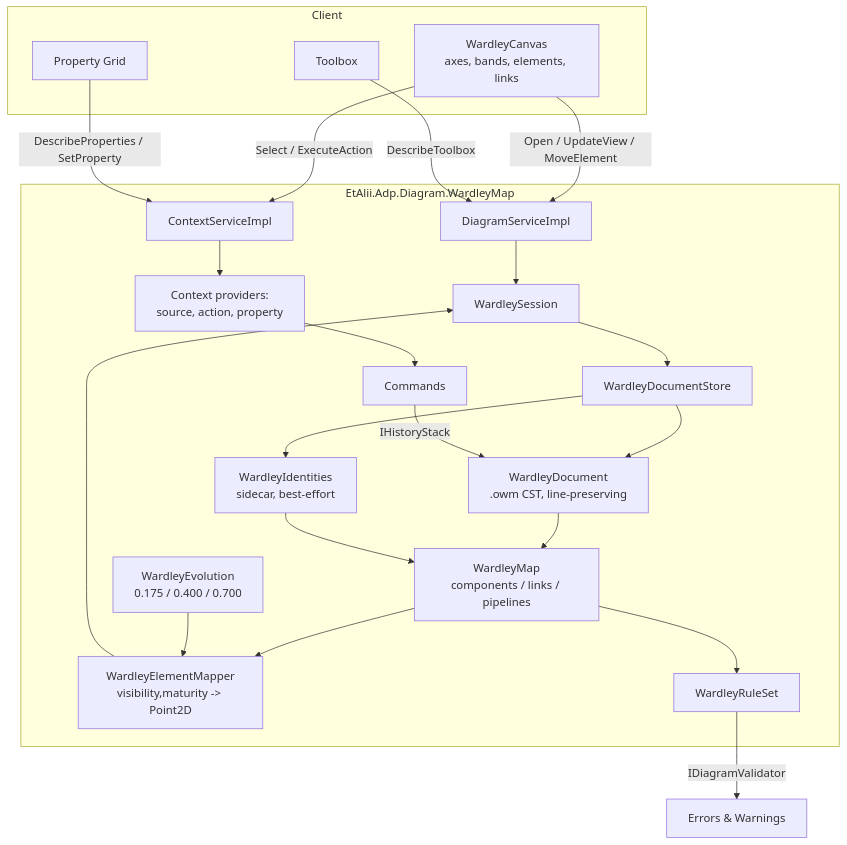
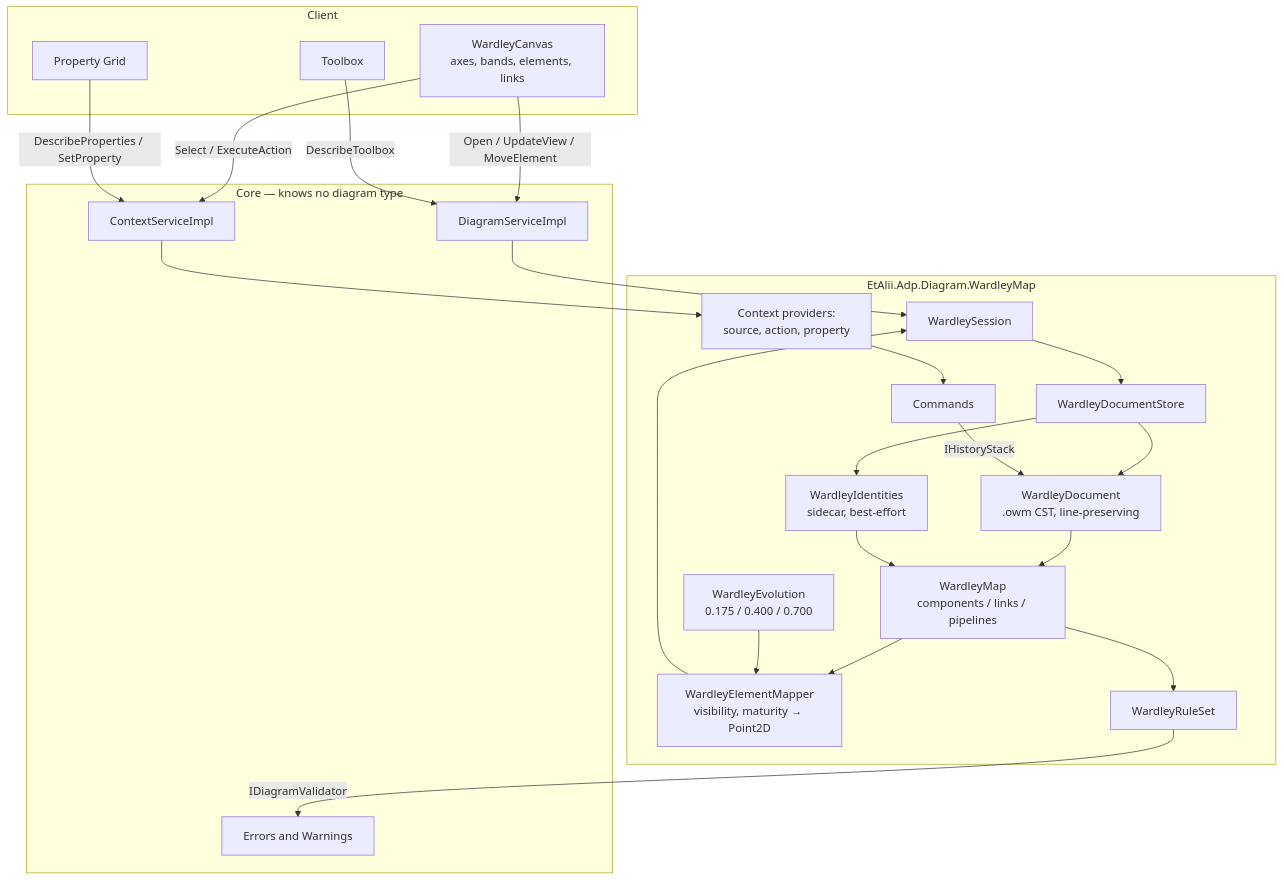
One commit to etalii-adp/etalii.adp.ide.standalone changed the first of 2 diagrams in .spec-workflow/specs/wardley-map/design.md. Above: the diagram before and after it, drawn with Mermaid. The commit also changed other lines of this file, not shown here.

Commit message:
Fixed the wardley-map design mermaid diagrams.
The sequence diagram did not render at all: a semicolon in a Note is a
statement separator, so the note text ended early and the remainder parsed
as a bare statement expecting an arrow.

The architecture diagram rendered, but placed DiagramServiceImpl and
ContextServiceImpl inside the module box - a node referenced within a
subgraph block is absorbed into it, even when first declared outside.
A diagram whose central claim is that core does not depend on the module
should not draw core inside it. Nodes are now declared in their own
subgraph first and edges drawn afterwards.

Both verified with mermaid-cli: both render, and the pre-fix sequence
diagram is confirmed to fail.

````diff
--- a/.spec-workflow/specs/wardley-map/design.md
+++ b/.spec-workflow/specs/wardley-map/design.md
@@ -97,28 +97,47 @@
 ```mermaid
 graph TD
-    subgraph client ["Client"]
+    subgraph client["Client"]
         CANVAS["WardleyCanvas<br/>axes, bands, elements, links"]
         GRID["Property Grid"]
         TOOLBOX["Toolbox"]
     end
-    CANVAS -->|"Open / UpdateView / MoveElement"| SVC["DiagramServiceImpl"]
-    CANVAS -->|"Select / ExecuteAction"| CTX["ContextServiceImpl"]
+
+    subgraph core["Core — knows no diagram type"]
+        SVC["DiagramServiceImpl"]
+        CTX["ContextServiceImpl"]
+        PROBLEMS["Errors and Warnings"]
+    end
+
+    subgraph module["EtAlii.Adp.Diagram.WardleyMap"]
+        SESSION["WardleySession"]
+        STORE["WardleyDocumentStore"]
+        DOC["WardleyDocument<br/>.owm CST, line-preserving"]
+        IDS["WardleyIdentities<br/>sidecar, best-effort"]
+        MODEL["WardleyMap<br/>components / links / pipelines"]
+        EVO["WardleyEvolution<br/>0.175 / 0.400 / 0.700"]
+        MAPPER["WardleyElementMapper<br/>visibility, maturity → Point2D"]
+        RULES["WardleyRuleSet"]
+        PROV["Context providers:<br/>source, action, property"]
+        CMD["Commands"]
+    end
+
+    CANVAS -->|"Open / UpdateView / MoveElement"| SVC
+    CANVAS -->|"Select / ExecuteAction"| CTX
     GRID -->|"DescribeProperties / SetProperty"| CTX
     TOOLBOX -->|"DescribeToolbox"| SVC
-    subgraph module ["EtAlii.Adp.Diagram.WardleyMap"]
-        SVC --> SESSION["WardleySession"]
-        SESSION --> STORE["WardleyDocumentStore"]
-        STORE --> DOC["WardleyDocument<br/>.owm CST, line-preserving"]
-        STORE --> IDS["WardleyIdentities<br/>sidecar, best-effort"]
-        DOC --> MODEL["WardleyMap<br/>components / links / pipelines"]
-        IDS --> MODEL
-        MODEL --> MAPPER["WardleyElementMapper<br/>visibility,maturity -> Point2D"]
-        EVO["WardleyEvolution<br/>0.175 / 0.400 / 0.700"] --> MAPPER
-        MAPPER --> SESSION
-        MODEL --> RULES["WardleyRuleSet"]
-        CTX --> PROV["Context providers:<br/>source, action, property"]
-        PROV --> CMD["Commands"]
-        CMD -->|"IHistoryStack"| DOC
-    end
-    RULES -->|"IDiagramValidator"| PROBLEMS["Errors & Warnings"]
+
+    SVC --> SESSION
+    CTX --> PROV
+    SESSION --> STORE
+    STORE --> DOC
+    STORE --> IDS
+    DOC --> MODEL
+    IDS --> MODEL
+    MODEL --> MAPPER
+    EVO --> MAPPER
+    MAPPER --> SESSION
+    MODEL --> RULES
+    PROV --> CMD
+    CMD -->|"IHistoryStack"| DOC
+    RULES -->|"IDiagramValidator"| PROBLEMS
 ```
````
